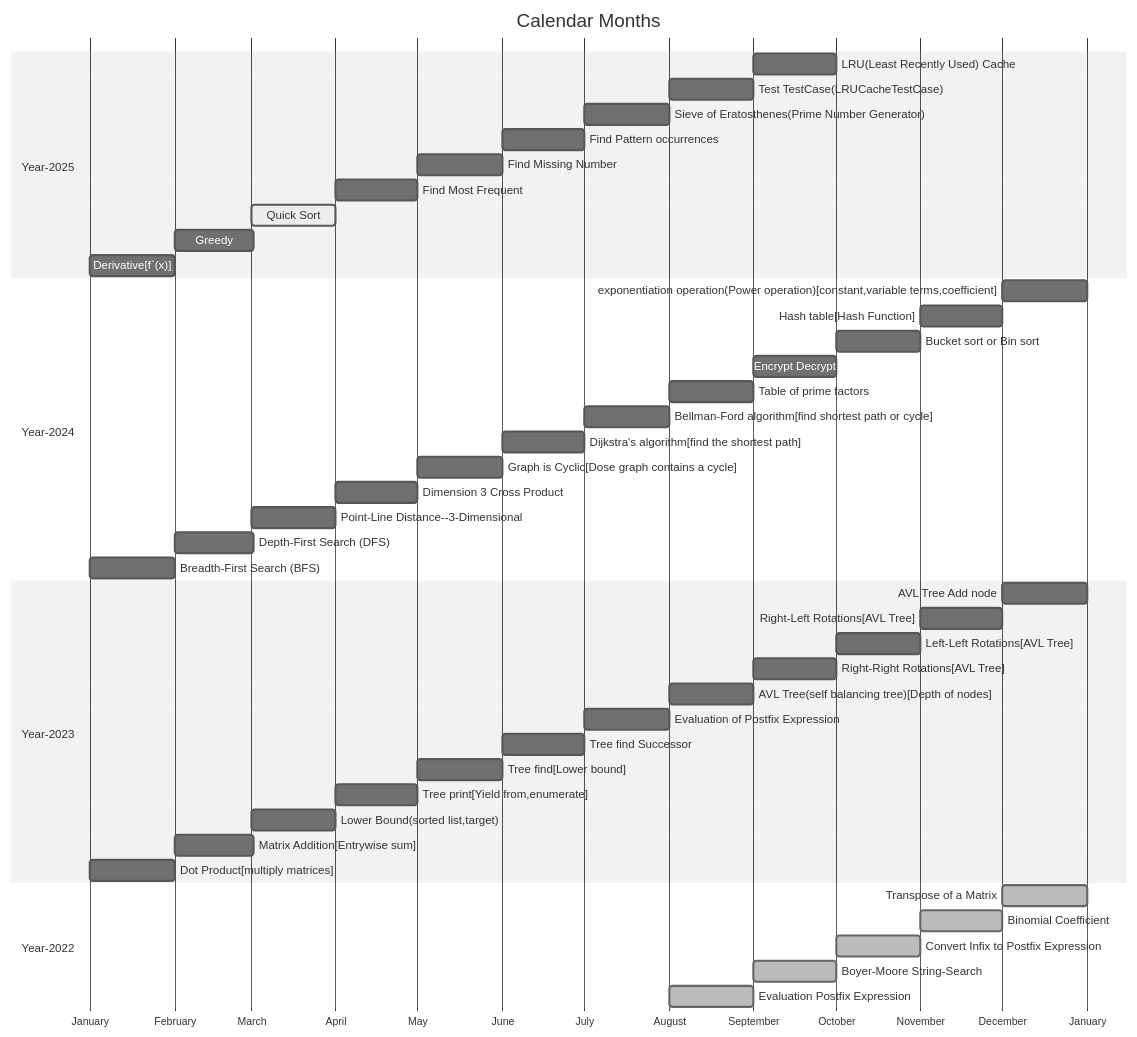
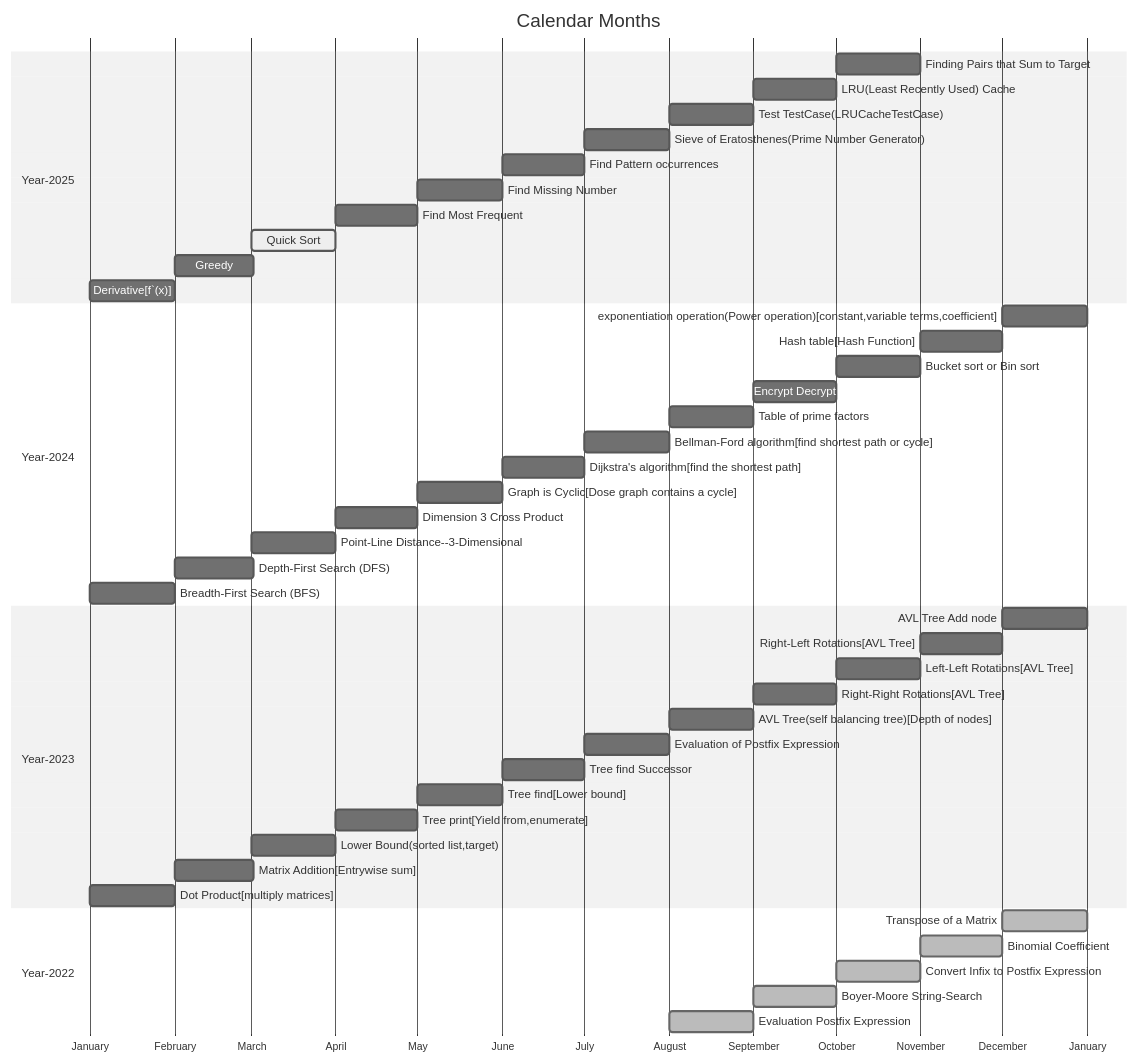
Before and after one commit to softtiny/docs.calendar: the diagram in src/calendar.md, drawn with Mermaid (neutral theme). The commit also changed 2 other files, not shown here.

````diff
--- a/src/calendar.md
+++ b/src/calendar.md
@@ -2,49 +2,50 @@
 ```mermaid
 
 gantt
     title Calendar Months
     dateFormat MM-DD
     axisFormat %B
     section Year-2025
+        Finding Pairs that Sum to Target :10-01, 31d
         LRU(Least Recently Used) Cache :09-01, 30d
         Test TestCase(LRUCacheTestCase) :08-01, 31d
         Sieve of Eratosthenes(Prime Number Generator)    :07-01, 31d
         Find Pattern occurrences :06-01, 30d
         Find Missing Number :05-01, 31d
         Find Most Frequent :04-01, 30d
         Quick Sort      :active, 03-01, 31d
         Greedy          :02-01, 29d
         Derivative[f`(x)]          :01-01, 31d
     section Year-2024
         exponentiation operation(Power operation)[constant,variable terms,coefficient]  :12-01, 31d
         Hash table[Hash Function]  :11-01, 30d
         Bucket sort or Bin sort  :10-01, 31d
         Encrypt Decrypt  :09-01, 30d
         Table of prime factors  :08-01, 31d
         Bellman-Ford algorithm[find shortest path or cycle] :07-01, 31d
         Dijkstra's algorithm[find the shortest path] :06-01, 30d
         Graph is Cyclic[Dose graph contains a cycle]  :05-01, 31d
         Dimension 3 Cross Product  :04-01, 30d
         Point-Line Distance--3-Dimensional  :03-01, 31d
         Depth-First Search (DFS)          :02-01, 29d
         Breadth-First Search (BFS)          :01-01, 31d
     section Year-2023
         AVL Tree Add node :12-01, 31d
         Right-Left Rotations[AVL Tree] :11-01, 30d
         Left-Left Rotations[AVL Tree] :10-01, 31d
         Right-Right Rotations[AVL Tree] :09-01, 30d
         AVL Tree(self balancing tree)[Depth of nodes] :08-01, 31d
         Evaluation of Postfix Expression :07-01, 31d
         Tree find Successor :06-01, 30d
         Tree find[Lower bound] :05-01, 31d
         Tree print[Yield from,enumerate] :04-01, 30d
         Lower Bound(sorted list,target) :03-01, 31d
         Matrix Addition[Entrywise sum] :02-01, 29d
         Dot Product[multiply matrices] :01-01, 31d
     section Year-2022
         Transpose of a Matrix :done, 12-01, 31d
         Binomial Coefficient :done, 11-01, 30d
         Convert Infix to Postfix Expression :done, 10-01, 31d
         Boyer-Moore String-Search :done, 09-01, 30d
         Evaluation Postfix Expression :done, 08-01, 31d
 ```
````
